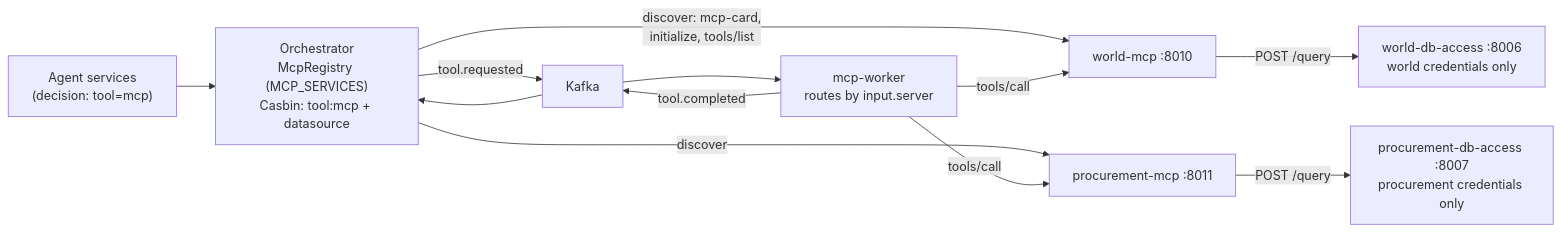
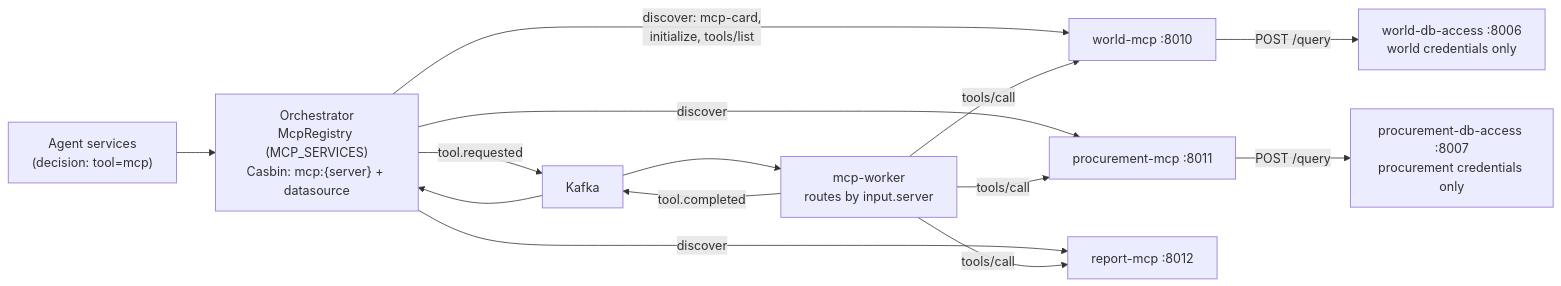
The diagram in docs/mcp-services.md (varanyu-v/ai-agent-gateway), drawn with Mermaid before and after one commit. The commit also changed other lines of this file and 24 other files, not shown here.

Commit message:
migrate tool to mcp

````diff
--- a/docs/mcp-services.md
+++ b/docs/mcp-services.md
@@ -25,13 +25,15 @@
 ```mermaid
 flowchart LR
-    agents["Agent services<br/>(decision: tool=mcp)"] --> orchestrator["Orchestrator<br/>McpRegistry (MCP_SERVICES)<br/>Casbin: tool:mcp + datasource"]
+    agents["Agent services<br/>(decision: tool=mcp)"] --> orchestrator["Orchestrator<br/>McpRegistry (MCP_SERVICES)<br/>Casbin: mcp:{server} + datasource"]
     orchestrator -->|"discover: mcp-card,<br/>initialize, tools/list"| worldmcp["world-mcp :8010"]
     orchestrator -->|"discover"| procmcp["procurement-mcp :8011"]
+    orchestrator -->|"discover"| reportmcp["report-mcp :8012"]
     orchestrator -->|"tool.requested"| kafka["Kafka"]
     kafka --> worker["mcp-worker<br/>routes by input.server"]
     worker -->|"tools/call"| worldmcp
     worker -->|"tools/call"| procmcp
+    worker -->|"tools/call"| reportmcp
     worker -->|"tool.completed"| kafka --> orchestrator
     worldmcp -->|"POST /query"| worldplane["world-db-access :8006<br/>world credentials only"]
     procmcp -->|"POST /query"| procplane["procurement-db-access :8007<br/>procurement credentials only"]
 ```
````
